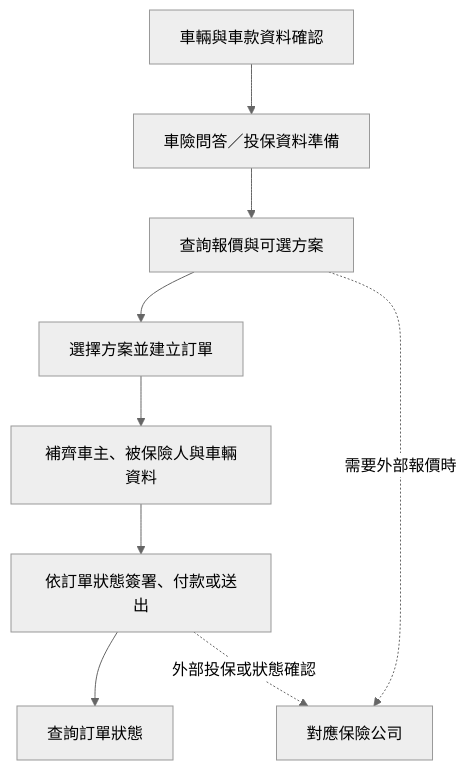
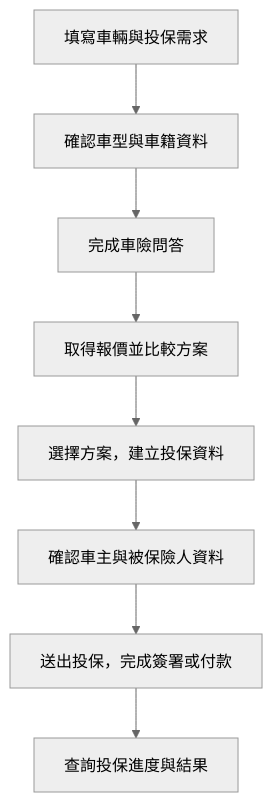
The first of 2 diagrams in README.md (highhao/insurance-saas-platform), drawn with Mermaid (neutral theme) before and after one commit. The commit also changed other lines of this file, not shown here.

````diff
--- a/README.md
+++ b/README.md
@@ -36,11 +9,10 @@
 ```mermaid
 flowchart TB
-    A[車輛與車款資料確認] --> B[車險問答／投保資料準備]
-    B --> C[查詢報價與可選方案]
-    C --> D[選擇方案並建立訂單]
-    D --> E[補齊車主、被保險人與車輛資料]
-    E --> F[依訂單狀態簽署、付款或送出]
-    F --> G[查詢訂單狀態]
-    C -. 需要外部報價時 .-> X[對應保險公司]
-    F -. 外部投保或狀態確認 .-> X
+    A[填寫車輛與投保需求] --> B[確認車型與車籍資料]
+    B --> C[完成車險問答]
+    C --> D[取得報價並比較方案]
+    D --> E[選擇方案，建立投保資料]
+    E --> F[確認車主與被保險人資料]
+    F --> G[送出投保，完成簽署或付款]
+    G --> H[查詢投保進度與結果]
 ```
````
